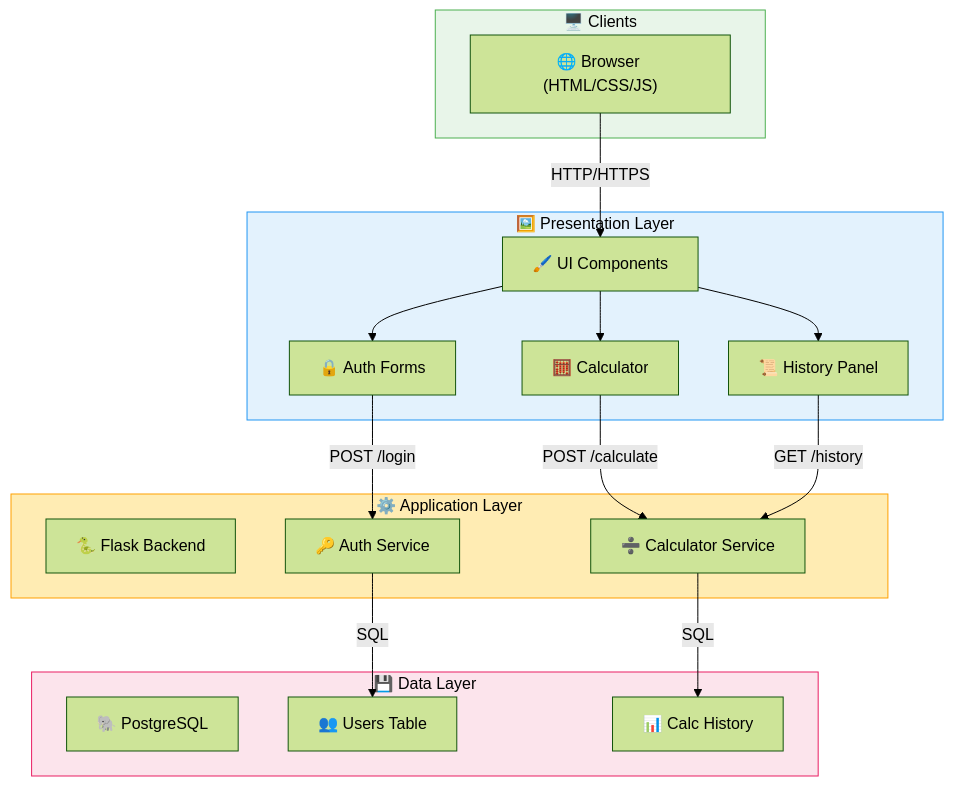
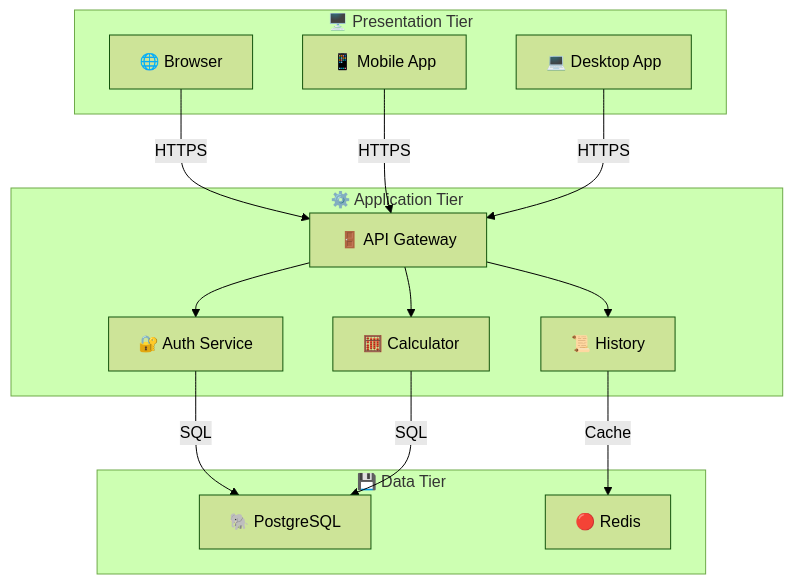
Before and after one commit to mcy-e/ThreeTireArchitectureCalculator: the first of 6 diagrams in report.md, drawn with Mermaid (forest theme).

````diff
--- a/report.md
+++ b/report.md
@@ -18,41 +18,39 @@
 ```mermaid
     flowchart TD
-    %% Architecture Overview
-    subgraph Clients["🖥️ Clients"]
-        browser["🌐 Browser (HTML/CSS/JS)"]
+    %% Three-Tier Architecture with Emojis
+    classDef presentation fill:#e3f2fd,stroke:#2196f3,color:black
+    classDef application fill:#ffecb3,stroke:#ffa000,color:black
+    classDef data fill:#fce4ec,stroke:#e91e63,color:black
+
+    subgraph Presentation["🖥️ Presentation Tier"]
+        Browser["🌐 Browser"]
+        Mobile["📱 Mobile App"]
+        Desktop["💻 Desktop App"]
     end
 
-    subgraph Presentation["🖼️ Presentation Layer"]
-        ui["🖌️ UI Components"]
-        auth["🔒 Auth Forms"]
-        calc["🧮 Calculator"]
-        history["📜 History Panel"]
+    subgraph Application["⚙️ Application Tier"]
+        API["🚪 API Gateway"]
+        Auth["🔐 Auth Service"]
+        Calc["🧮 Calculator"]
+        History["📜 History"]
     end
 
-    subgraph Application["⚙️ Application Layer"]
-        flask["🐍 Flask Backend"]
-        auth_service["🔑 Auth Service"]
-        calc_service["➗ Calculator Service"]
-    end
-
-    subgraph Data["💾 Data Layer"]
-        postgres["🐘 PostgreSQL"]
-        users["👥 Users Table"]
-        history_db["📊 Calc History"]
+    subgraph Data["💾 Data Tier"]
+        DB["🐘 PostgreSQL"]
+        Cache["🔴 Redis"]
     end
 
     %% Connections
-    browser -->|HTTP/HTTPS| ui
-    ui --> auth & calc & history
-    auth -->|POST /login| auth_service
-    calc -->|POST /calculate| calc_service
-    history -->|GET /history| calc_service
-    auth_service -->|SQL| users
-    calc_service -->|SQL| history_db
+    Browser -->|HTTPS| API
+    Mobile -->|HTTPS| API
+    Desktop -->|HTTPS| API
+    API --> Auth
+    API --> Calc
+    API --> History
+    Auth -->|SQL| DB
+    Calc -->|SQL| DB
+    History -->|Cache| Cache
 
-    %% Styling (black text enforced)
-    style Clients fill:#e8f5e9,stroke:#4caf50,color:black
-    style Presentation fill:#e3f2fd,stroke:#2196f3,color:black
-    style Application fill:#ffecb3,stroke:#ffa000,color:black
-    style Data fill:#fce4ec,stroke:#e91e63,color:black
+    %% Apply styles
+    class Presentation,Application,Data presentation,application,data
 ```
````
